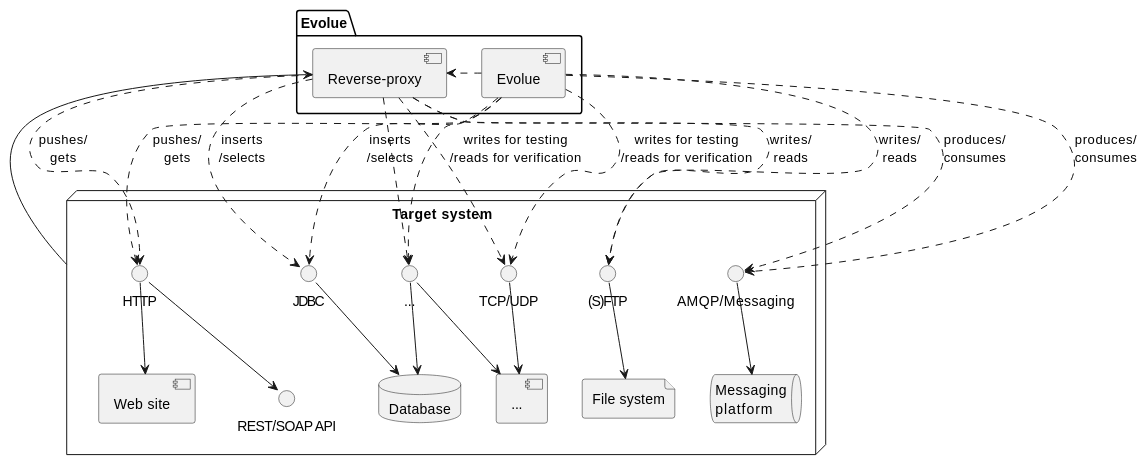
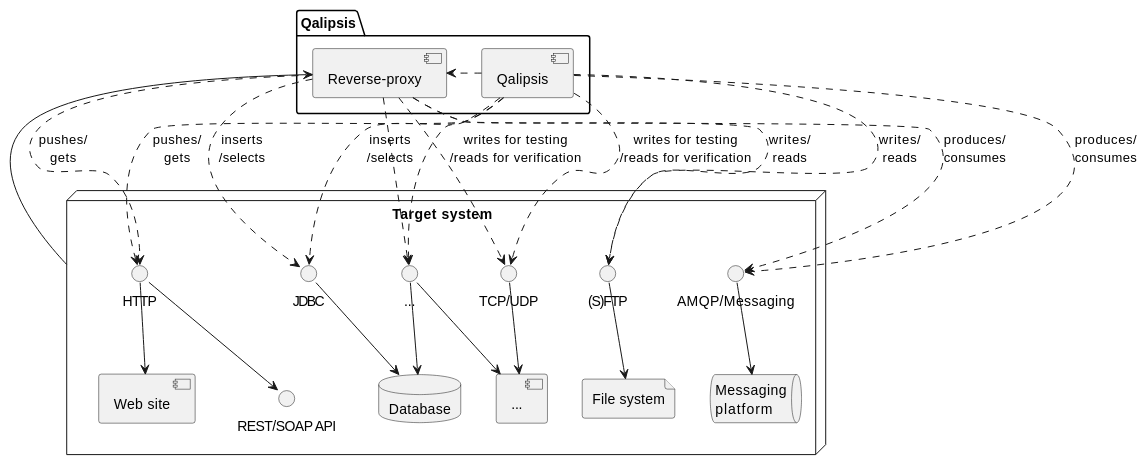
Before and after one commit to qalipsis/qalipsis-oss: the second of 2 diagrams in developer-documentation/src/main/asciidoc/architecture/src/03_system_scope_and_context.adoc, drawn with PlantUML. The commit also changed other lines of this file and 673 other files, not shown here.

```diff
--- a/developer-documentation/src/main/asciidoc/architecture/src/03_system_scope_and_context.adoc
+++ b/developer-documentation/src/main/asciidoc/architecture/src/03_system_scope_and_context.adoc
@@ -59,53 +59,53 @@
 [plantuml,deployment-diagram,png]
 ----
 skinparam componentStyle uml2
 
 node "Target system" as target {
   interface HTTP as http
   interface "TCP/UDP" as transport
   interface "AMQP/Messaging" as messaging
   interface JDBC as jdbc
   interface "(S)FTP" as sftp
   interface "..." as any
 
   interface "REST/SOAP API" as rest_soap
   component "Web site" as web
   database Database as db
   file "File system" as fs
   queue "Messaging\nplatform" as messaging_platform
   component "..." as any_system
 
    http -down-> rest_soap
    http -down-> web
    messaging -down-> messaging_platform
    jdbc -down-> db
    any -down-> db
    sftp -down-> fs
    transport -down-> any_system
    any -down-> any_system
 }
 
-package "Evolue" {
+package "Qalipsis" {
 
-  component "Evolue" as evo
+  component "Qalipsis" as evo
   component "Reverse-proxy" as proxy
 
   evo .right.> proxy
   target -up-> proxy
 
   evo .down.> transport : writes for testing\n/reads for verification
   evo .down.> http : pushes/\ngets
   evo .down.> messaging : produces/\nconsumes
   evo .down.> jdbc : inserts\n/selects
   evo .down.> sftp : writes/\nreads
   evo .down.> any
 
   proxy .down.> transport : writes for testing\n/reads for verification
   proxy .down.> http : pushes/\ngets
   proxy .down.> messaging : produces/\nconsumes
   proxy .down.> jdbc : inserts\n/selects
   proxy .down.> sftp : writes/\nreads
   proxy .down.> any
 }
 
 ----
```
